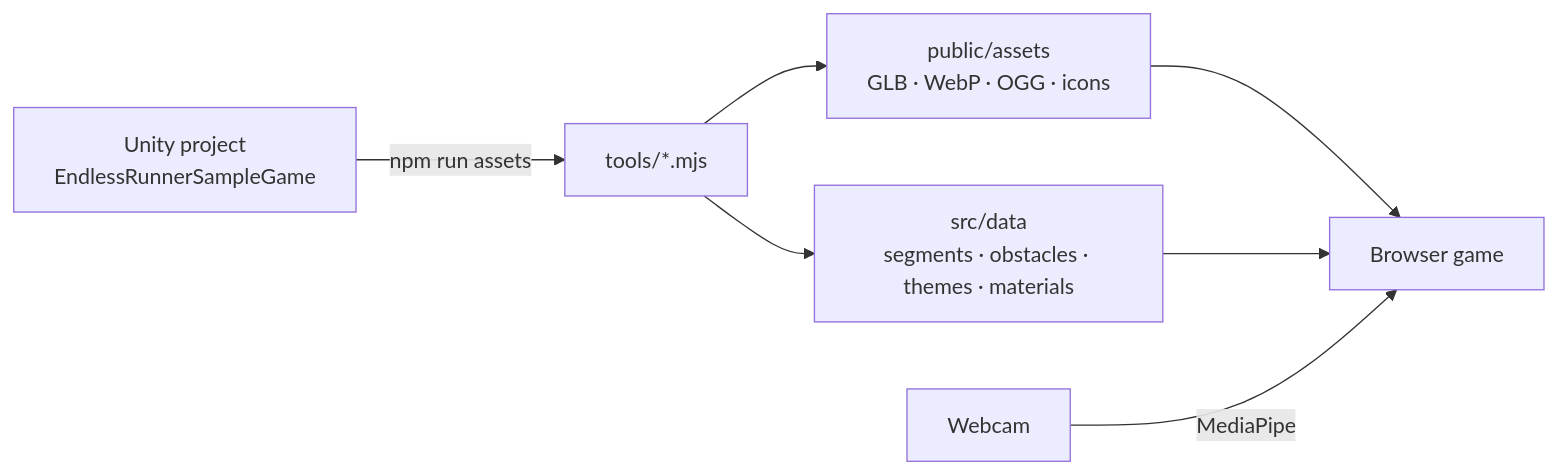
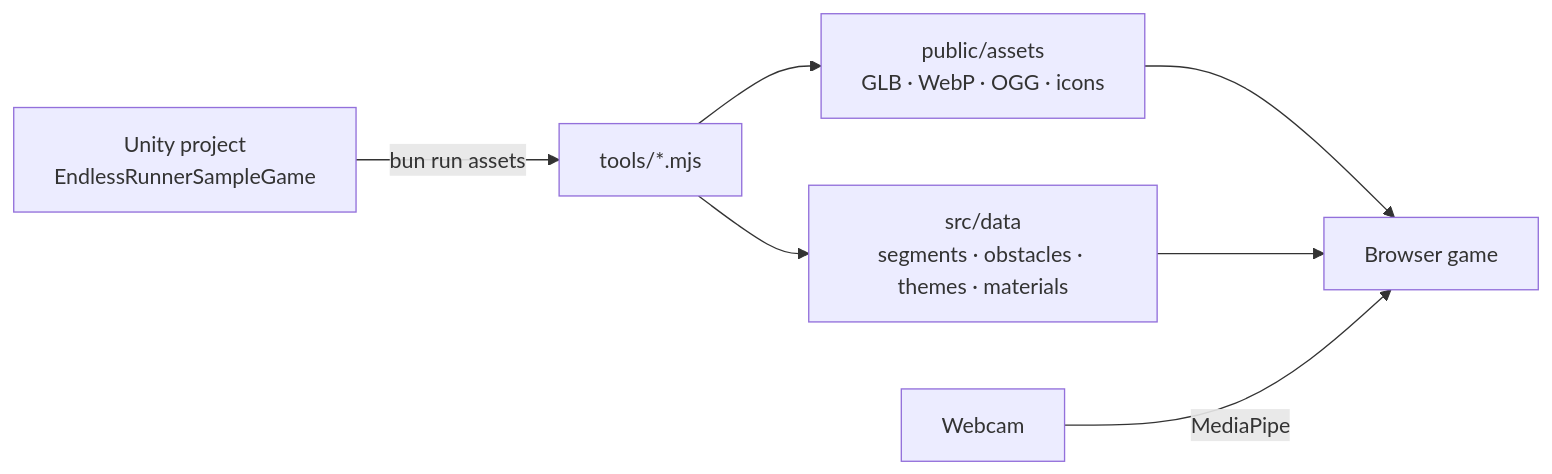
The first of 3 diagrams in ARCHITECTURE.md (rayankzi/trash-dash), drawn with Mermaid before and after one commit. The commit also changed other lines of this file and 7 other files, not shown here.

````diff
--- a/ARCHITECTURE.md
+++ b/ARCHITECTURE.md
@@ -52,9 +52,9 @@
 ```mermaid
 flowchart LR
-  U[Unity project<br/>EndlessRunnerSampleGame] -->|npm run assets| T[tools/*.mjs]
+  U[Unity project<br/>EndlessRunnerSampleGame] -->|bun run assets| T[tools/*.mjs]
   T --> A[public/assets<br/>GLB · WebP · OGG · icons]
   T --> D[src/data<br/>segments · obstacles · themes · materials]
   A --> G[Browser game]
   D --> G
   W[Webcam] -->|MediaPipe| G
 ```
````
